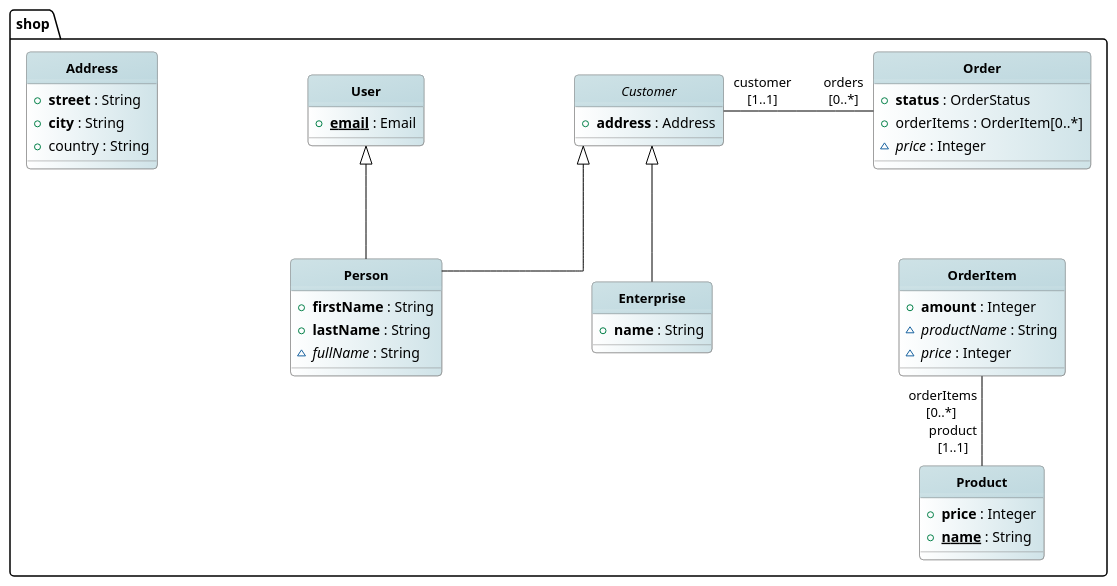
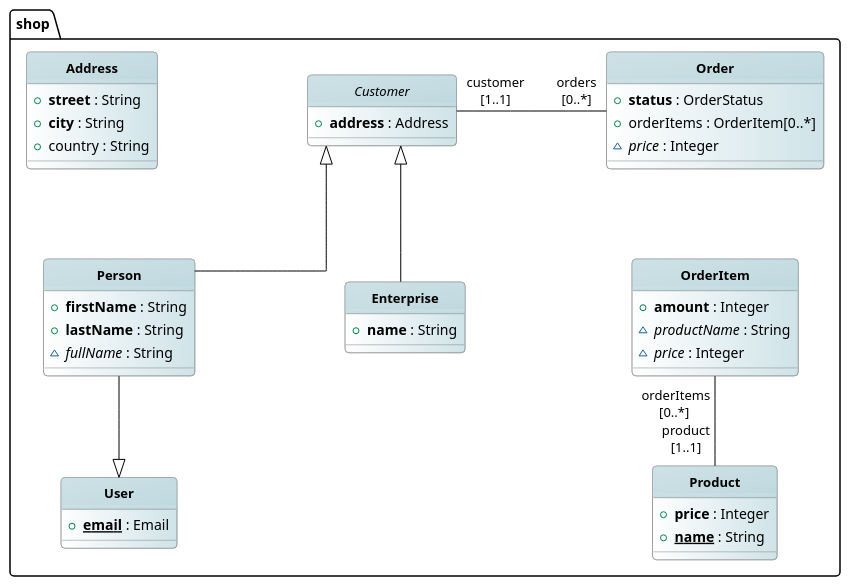
Before and after one commit to BlackBeltTechnology/judo-meta-jsl: the diagram in docs/pages/01_intro.adoc, drawn with PlantUML.

Commit message:
updated intro doc diagram

```diff
--- a/docs/pages/01_intro.adoc
+++ b/docs/pages/01_intro.adoc
@@ -177,15 +177,15 @@
 }	
 
 package shop {
-	class Address << Entity >>  {
+	class Address << Entity >> {
 		+<b>street</b> : String
 		+<b>city</b> : String
 		+country : String
 	}
-	class User << Entity >>  {
+	class User << Entity >> {
 		+<u><b>email</b></u> : Email
 	}
-	class Customer << Abstract >>   {
+	class Customer << Abstract >>  {
 		+<b>address</b> : Address
 	}
 	class Person << Entity >> {
@@ -196,17 +196,17 @@
 	class Enterprise << Entity >> {
 		+<b>name</b> : String
 	}
-	class Order << Entity >>  {
+	class Order << Entity >> {
 		+<b>status</b> : OrderStatus
 		+orderItems : OrderItem[0..*]
 		~<i>price</i> : Integer
 	}
-	class OrderItem << Entity >>  {
+	class OrderItem << Entity >> {
 		+<b>amount</b> : Integer
 		~<i>productName</i> : String
 		~<i>price</i> : Integer
 	}
-	class Product << Entity >>  {
+	class Product << Entity >> {
 		+<b>price</b> : Integer
 		+<u><b>name</b></u> : String
 	}
@@ -214,7 +214,7 @@
 	Customer  "customer\n[1..1]" -right-   "orders\n[0..*]" Order
 	OrderItem  "orderItems\n[0..*] " --   "product\n[1..1]" Product
 
-    Person -up-|> User
+    Person --|> User
     Person -up-|> Customer
     Enterprise -up-|> Customer
 
```
